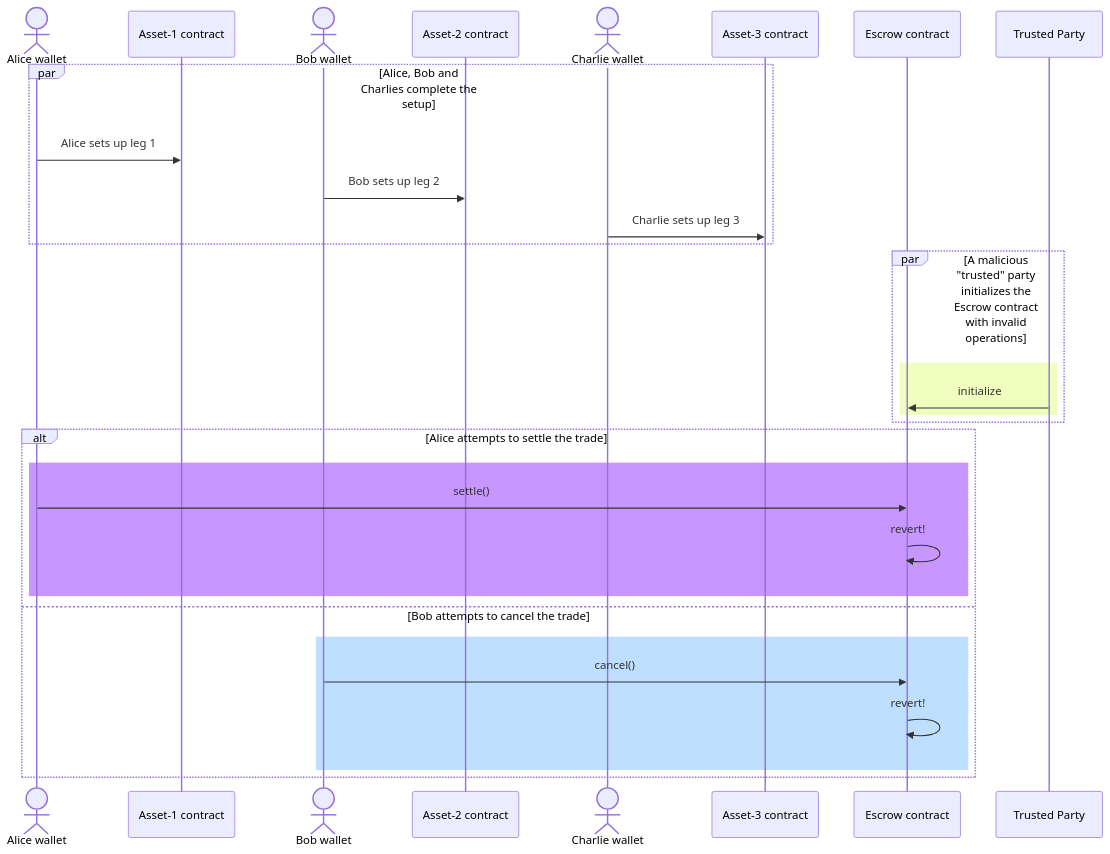
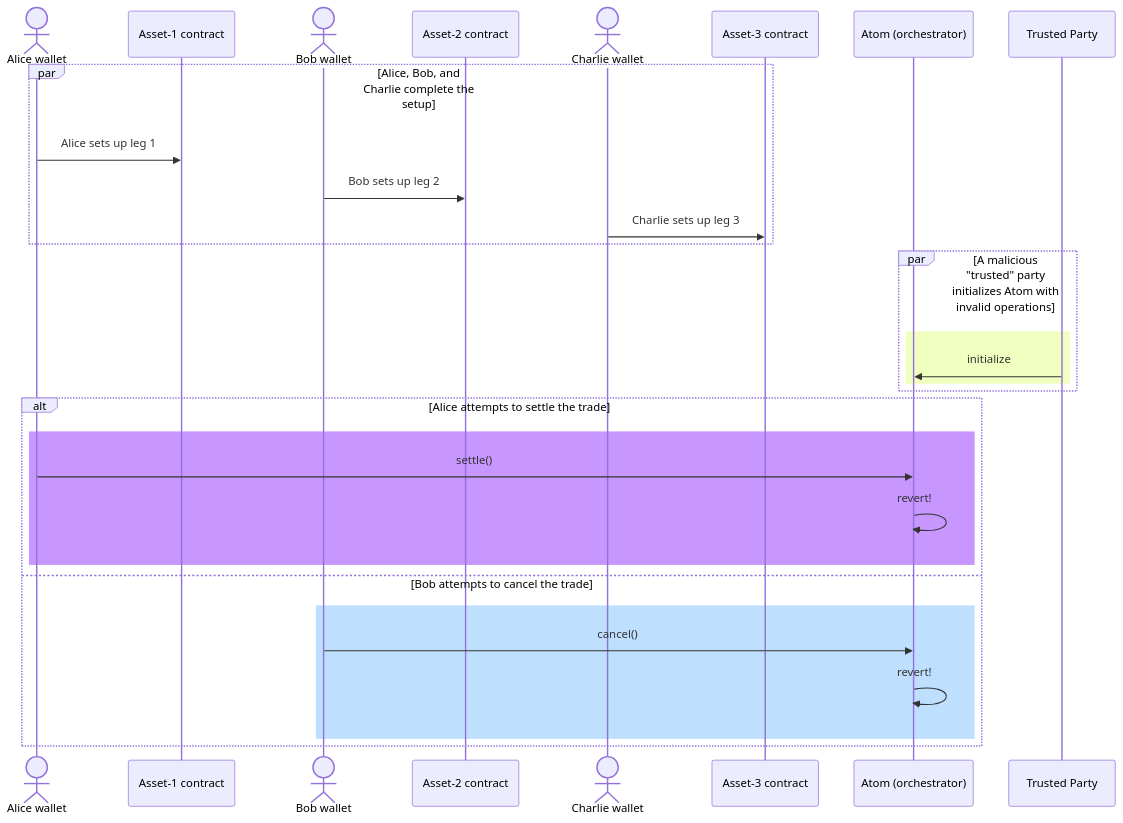
Before and after one commit to kaleido-io/PET-atomic-settlements: the third of 3 diagrams in atomic-settlement.md, drawn with Mermaid. The commit also changed other lines of this file and 1 other file, not shown here.

Commit message:
update README and architecture doc

````diff
--- a/atomic-settlement.md
+++ b/atomic-settlement.md
@@ -288,32 +296,32 @@
 ```mermaid
 sequenceDiagram
   actor A as Alice wallet
   participant A1 as Asset-1 contract
   actor B as Bob wallet
   participant A2 as Asset-2 contract
   actor C as Charlie wallet
   participant A3 as Asset-3 contract
-  participant E as Escrow contract
+  participant E as Atom (orchestrator)
   participant T as Trusted Party
-  par Alice, Bob and Charlies complete the setup
+  par Alice, Bob, and Charlie complete the setup
     A->>A1: Alice sets up leg 1
     B->>A2: Bob sets up leg 2
     C->>A3: Charlie sets up leg 3
   end
-  par A malicious "trusted" party initializes the Escrow contract with invalid operations
+  par A malicious "trusted" party initializes Atom with invalid operations
   rect rgba(240, 255, 191, 1)
     T->>E: initialize
   end
   end
   alt Alice attempts to settle the trade
   rect rgb(200, 150, 255)
     A->>E: settle()
     E->>E: revert!
   end
   else Bob attempts to cancel the trade
   rect rgba(191, 223, 255)
     B->>E: cancel()
     E->>E: revert!
   end
   end
 ```
````
